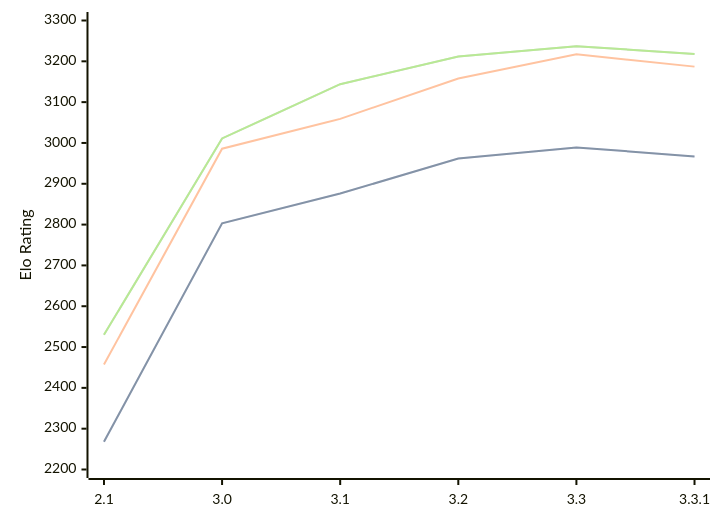
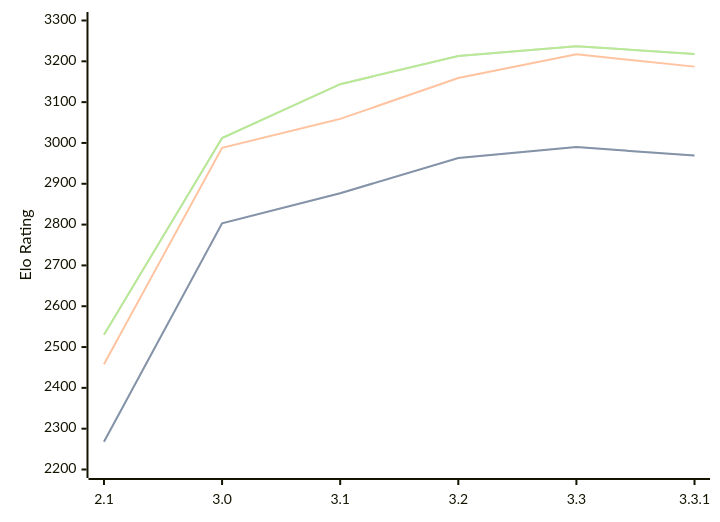
Before and after one commit to computer-chess-index/cci: the diagram in engines/Petrel.md, drawn with Mermaid. The commit also changed other lines of this file, not shown here.

Commit message:
Update CCI Ratings (ELO VLTC) - 2026-05-03

````diff
--- a/engines/Petrel.md
+++ b/engines/Petrel.md
@@ -45,11 +45,11 @@
 ```mermaid
 %%{init: {"theme":"base","themeVariables":{"seriesColors:['#a3a3a3','#222221','#faa371']}}}%%
 xychart-beta
   x-axis ["2.1", "3.0", "3.1", "3.2", "3.3", "3.3.1"]
   y-axis "Elo Rating" 2200 --> 3300
-  line "STC (8.0+0.08s)" [2268, 2803, 2876, 2962, 2989, 2967]
-  line "STC (8.0+0.08s)" [2268, 2803, 2876, 2962, 2989, 2967]
-  line "LTC (60.0+0.60s)" [2457, 2986, 3059, 3158, 3217, 3187]
-  line "VLTC (2m24s+1.12s)" [2530, 3011, 3144, 3212, 3237, 3218]
-  line "VLTC (2m24s+1.12s)" [2530, 3011, 3144, 3212, 3237, 3218]
+  line "STC (8.0+0.08s)" [2268, 2803, 2877, 2963, 2990, 2969]
+  line "STC (8.0+0.08s)" [2268, 2803, 2877, 2963, 2990, 2969]
+  line "LTC (60.0+0.60s)" [2458, 2988, 3059, 3159, 3217, 3187]
+  line "VLTC (2m24s+1.12s)" [2530, 3012, 3144, 3213, 3237, 3218]
+  line "VLTC (2m24s+1.12s)" [2530, 3012, 3144, 3213, 3237, 3218]
 ```
````
